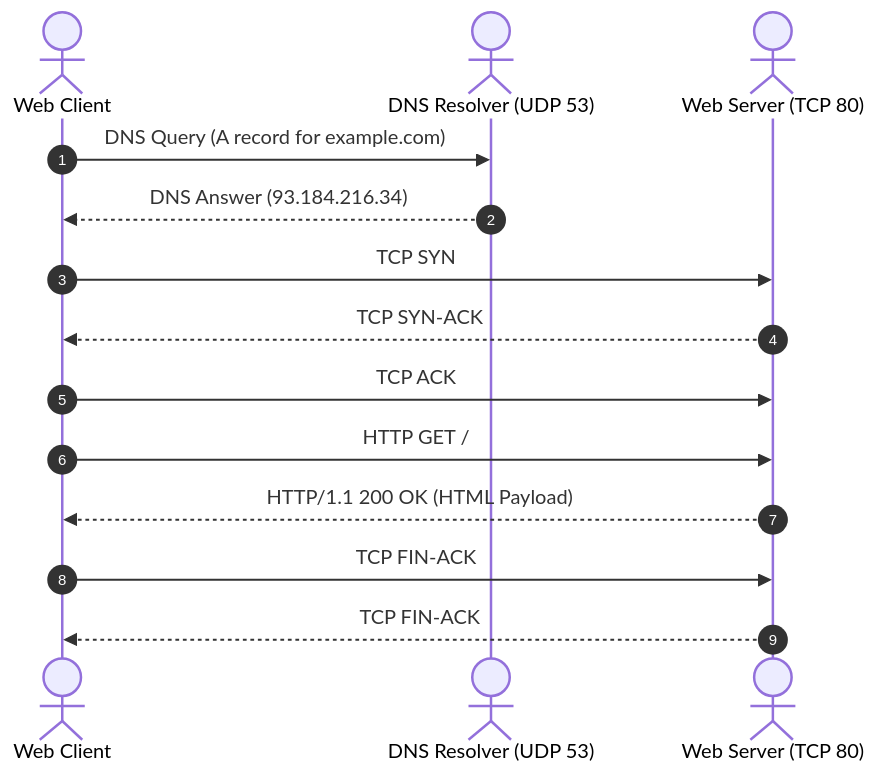
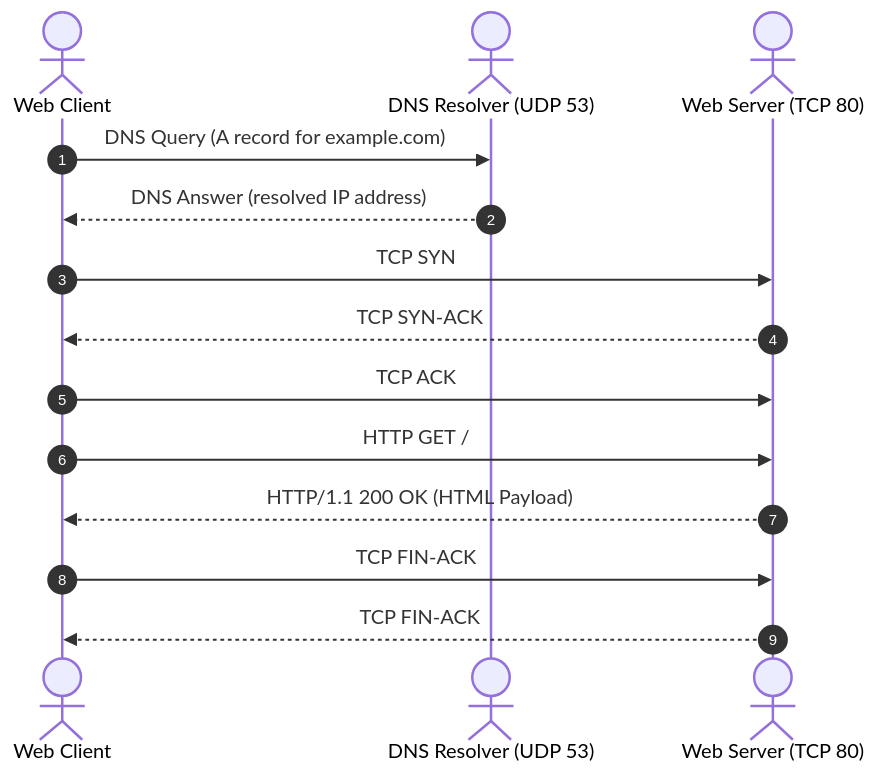
One commit to jashchauhan06/cn changed the third of 3 diagrams in README.md. Above: the diagram before and after it, drawn with Mermaid. The commit also changed other lines of this file, not shown here.

````diff
--- a/README.md
+++ b/README.md
@@ -153,20 +198,20 @@
 ```mermaid
 sequenceDiagram
     autonumber
     actor Client as Web Client
     actor DNS as DNS Resolver (UDP 53)
     actor Web as Web Server (TCP 80)
 
     Client->>DNS: DNS Query (A record for example.com)
-    DNS-->>Client: DNS Answer (93.184.216.34)
+    DNS-->>Client: DNS Answer (resolved IP address)
 
     Client->>Web: TCP SYN
     Web-->>Client: TCP SYN-ACK
     Client->>Web: TCP ACK
 
     Client->>Web: HTTP GET /
     Web-->>Client: HTTP/1.1 200 OK (HTML Payload)
 
     Client->>Web: TCP FIN-ACK
     Web-->>Client: TCP FIN-ACK
 ```
````
